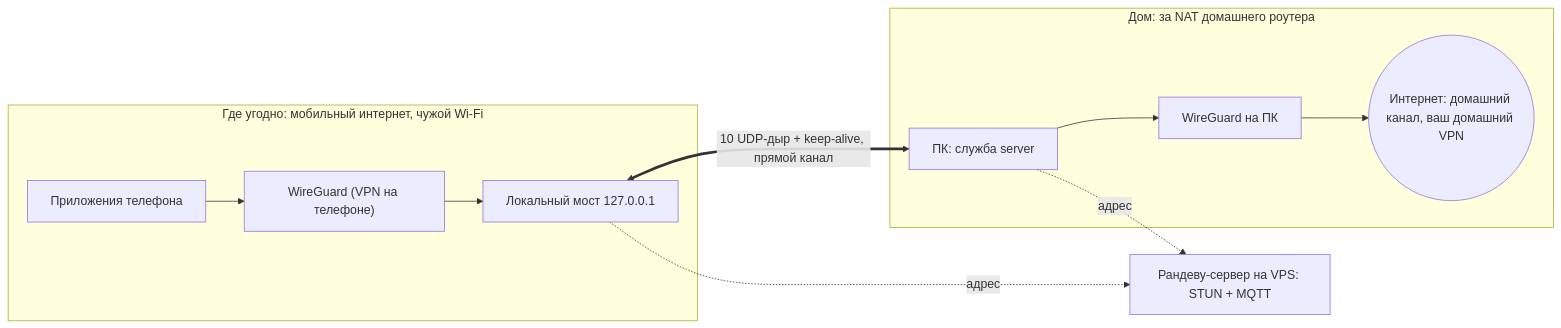
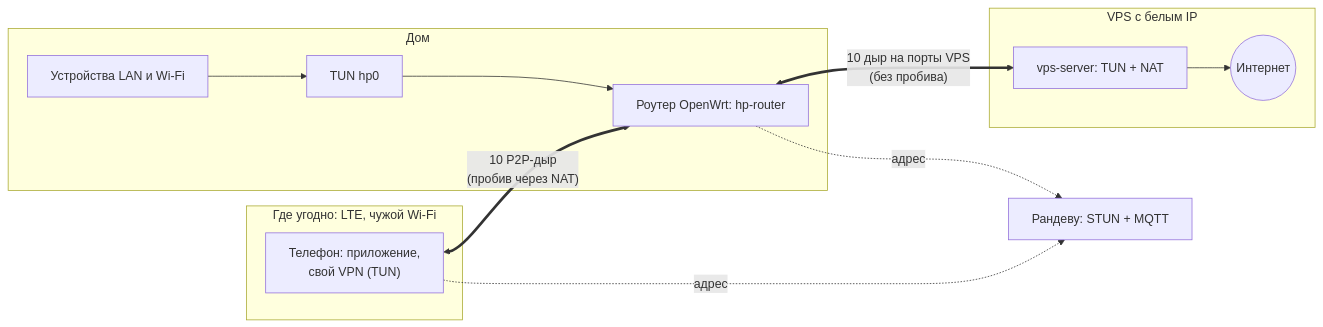
Before and after one commit to sinushkin/home-proxy: the first of 3 diagrams in README.md, drawn with Mermaid. The commit also changed other lines of this file, not shown here.

Commit message:
README: схема телефон -> роутер OpenWrt -> VPS без WireGuard, подпись пакетов

````diff
--- a/README.md
+++ b/README.md
@@ -15,15 +24,19 @@
 ```mermaid
 flowchart LR
-    subgraph away["Где угодно: мобильный интернет, чужой Wi-Fi"]
-        apps["Приложения телефона"] --> wg1["WireGuard (VPN на телефоне)"]
-        wg1 --> bridge["Локальный мост 127.0.0.1"]
+    subgraph away["Где угодно: LTE, чужой Wi-Fi"]
+        phone["Телефон: приложение,<br/>свой VPN (TUN)"]
     end
-    subgraph home["Дом: за NAT домашнего роутера"]
-        srv["ПК: служба server"] --> wg2["WireGuard на ПК"]
-        wg2 --> net(("Интернет: домашний канал, ваш домашний VPN"))
+    subgraph home["Дом"]
+        lan["Устройства LAN и Wi-Fi"] --> tun["TUN hp0"]
+        router["Роутер OpenWrt: hp-router"]
+        tun --> router
     end
-    bridge <==>|"10 UDP-дыр + keep-alive, прямой канал"| srv
-    rdv["Рандеву-сервер на VPS: STUN + MQTT"]
-    bridge -.->|"адрес"| rdv
-    srv -.->|"адрес"| rdv
+    subgraph vps["VPS с белым IP"]
+        vs["vps-server: TUN + NAT"] --> net(("Интернет"))
+    end
+    phone <==>|"10 P2P-дыр<br/>(пробив через NAT)"| router
+    router <==>|"10 дыр на порты VPS<br/>(без пробива)"| vs
+    rdv["Рандеву: STUN + MQTT"]
+    phone -.->|"адрес"| rdv
+    router -.->|"адрес"| rdv
 ```
````
